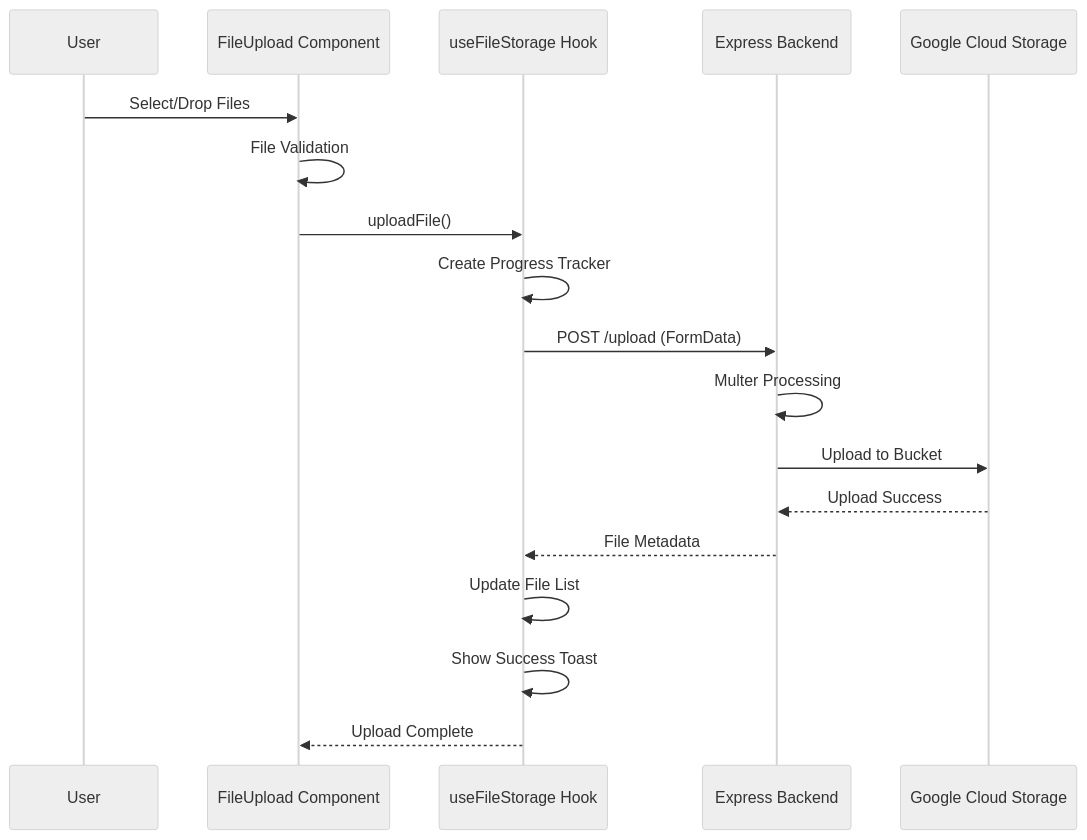
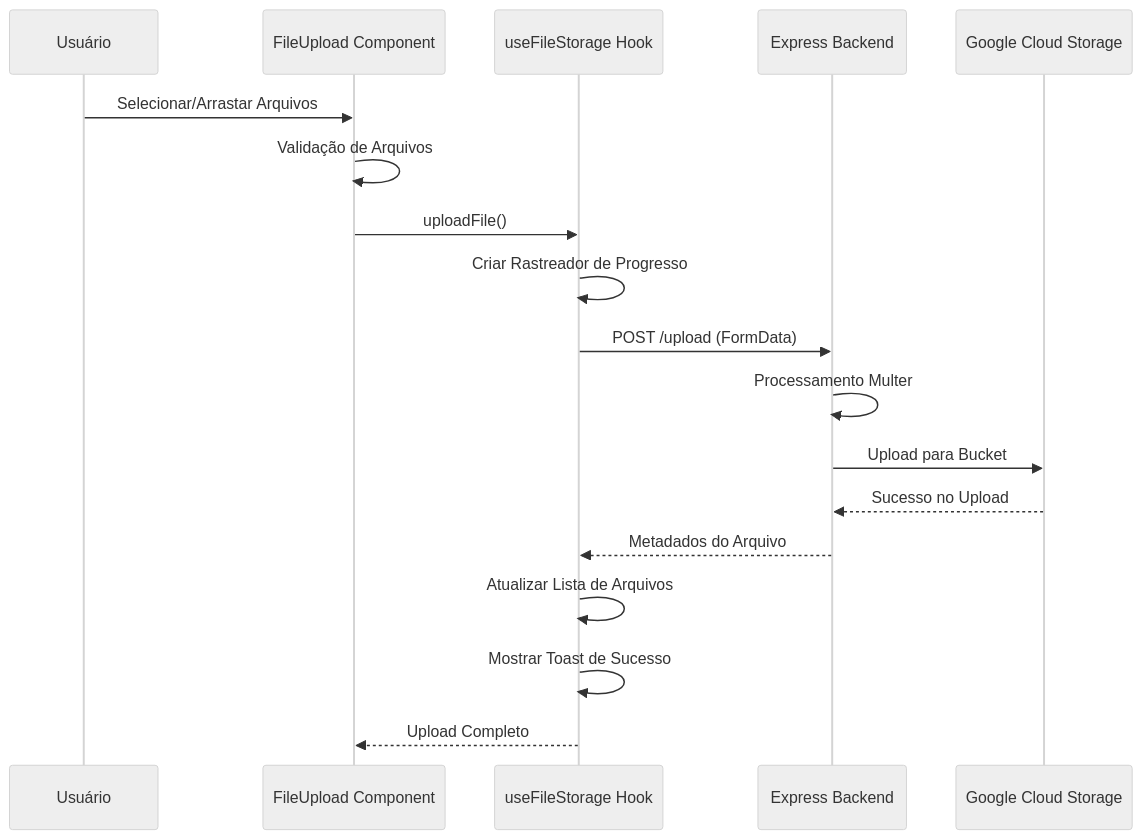
One commit to igorgcampos/dreamy-file-garden changed the fourth of 5 diagrams in docs/architecture.md. Above: the diagram before and after it, drawn with Mermaid (neutral theme). The commit also changed other lines of this file and 12 other files, not shown here.

````diff
--- a/docs/architecture.md
+++ b/docs/architecture.md
@@ -150,21 +150,21 @@
 ```mermaid
 sequenceDiagram
-    participant U as User
+    participant U as Usuário
     participant FC as FileUpload Component
     participant H as useFileStorage Hook
     participant API as Express Backend
     participant GCS as Google Cloud Storage
     
-    U->>FC: Select/Drop Files
-    FC->>FC: File Validation
+    U->>FC: Selecionar/Arrastar Arquivos
+    FC->>FC: Validação de Arquivos
     FC->>H: uploadFile()
-    H->>H: Create Progress Tracker
+    H->>H: Criar Rastreador de Progresso
     H->>API: POST /upload (FormData)
-    API->>API: Multer Processing
-    API->>GCS: Upload to Bucket
-    GCS-->>API: Upload Success
-    API-->>H: File Metadata
-    H->>H: Update File List
-    H->>H: Show Success Toast
-    H-->>FC: Upload Complete
+    API->>API: Processamento Multer
+    API->>GCS: Upload para Bucket
+    GCS-->>API: Sucesso no Upload
+    API-->>H: Metadados do Arquivo
+    H->>H: Atualizar Lista de Arquivos
+    H->>H: Mostrar Toast de Sucesso
+    H-->>FC: Upload Completo
 ```
````
